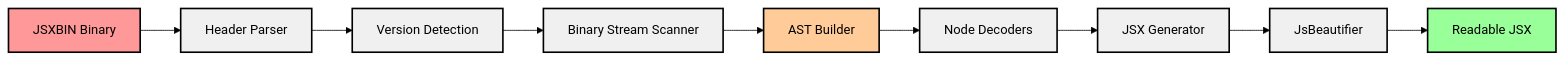
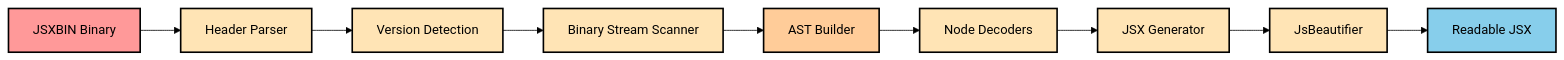
One commit to YgalaxyY/Adobe-JSXBIN-Decoder changed the diagram in README.md. Above: the diagram before and after it, drawn with Mermaid (forest theme). The commit also changed 1 other file, not shown here.

````diff
--- a/README.md
+++ b/README.md
@@ -31,21 +31,21 @@
 ```mermaid
 graph LR
     A[JSXBIN Binary] --> B[Header Parser]
     B --> C[Version Detection]
     C --> D[Binary Stream Scanner]
     D --> E[AST Builder]
     E --> F[Node Decoders]
     F --> G[JSX Generator]
     G --> H[JsBeautifier]
     H --> I[Readable JSX]
     
     style A fill:#ff9999,color:#000000,stroke:#000000,stroke-width:2px
-    style I fill:#99ff99,color:#000000,stroke:#000000,stroke-width:2px
+    style I fill:#87ceeb,color:#000000,stroke:#000000,stroke-width:2px
     style E fill:#ffcc99,color:#000000,stroke:#000000,stroke-width:2px
-    style B fill:#f0f0f0,color:#000000,stroke:#000000,stroke-width:2px
-    style C fill:#f0f0f0,color:#000000,stroke:#000000,stroke-width:2px
-    style D fill:#f0f0f0,color:#000000,stroke:#000000,stroke-width:2px
-    style F fill:#f0f0f0,color:#000000,stroke:#000000,stroke-width:2px
-    style G fill:#f0f0f0,color:#000000,stroke:#000000,stroke-width:2px
-    style H fill:#f0f0f0,color:#000000,stroke:#000000,stroke-width:2px
+    style B fill:#ffe4b5,color:#000000,stroke:#000000,stroke-width:2px
+    style C fill:#ffe4b5,color:#000000,stroke:#000000,stroke-width:2px
+    style D fill:#ffe4b5,color:#000000,stroke:#000000,stroke-width:2px
+    style F fill:#ffe4b5,color:#000000,stroke:#000000,stroke-width:2px
+    style G fill:#ffe4b5,color:#000000,stroke:#000000,stroke-width:2px
+    style H fill:#ffe4b5,color:#000000,stroke:#000000,stroke-width:2px
 ```
````
